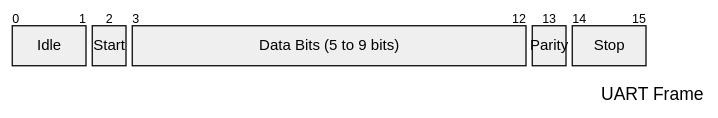
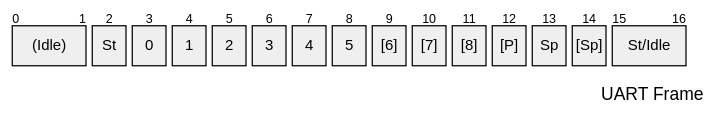
The sixth of 6 diagrams in README.md (Tablerase/42Chips_Piscine_Embedded), drawn with Mermaid before and after one commit. The commit also changed other lines of this file and 1 other file, not shown here.

````diff
--- a/README.md
+++ b/README.md
@@ -352,12 +352,22 @@
 ```mermaid
 ---
 title: UART Frame
 bitsPerWidth: 12
 ---
 packet-beta
-0-1: "Idle"
-2: "Start"
-3-12: "Data Bits (5 to 9 bits)"
-13: "Parity"
-14-15: "Stop"
+0-1: "(Idle)"
+2: "St"
+3: '0'
+4: '1'
+5: '2'
+6: '3'
+7: '4'
+8: '5'
+9: '[6]'
+10: '[7]'
+11: '[8]'
+12: '[P]'
+13: 'Sp'
+14: '[Sp]'
+15-16: 'St/Idle'
 ```
````
